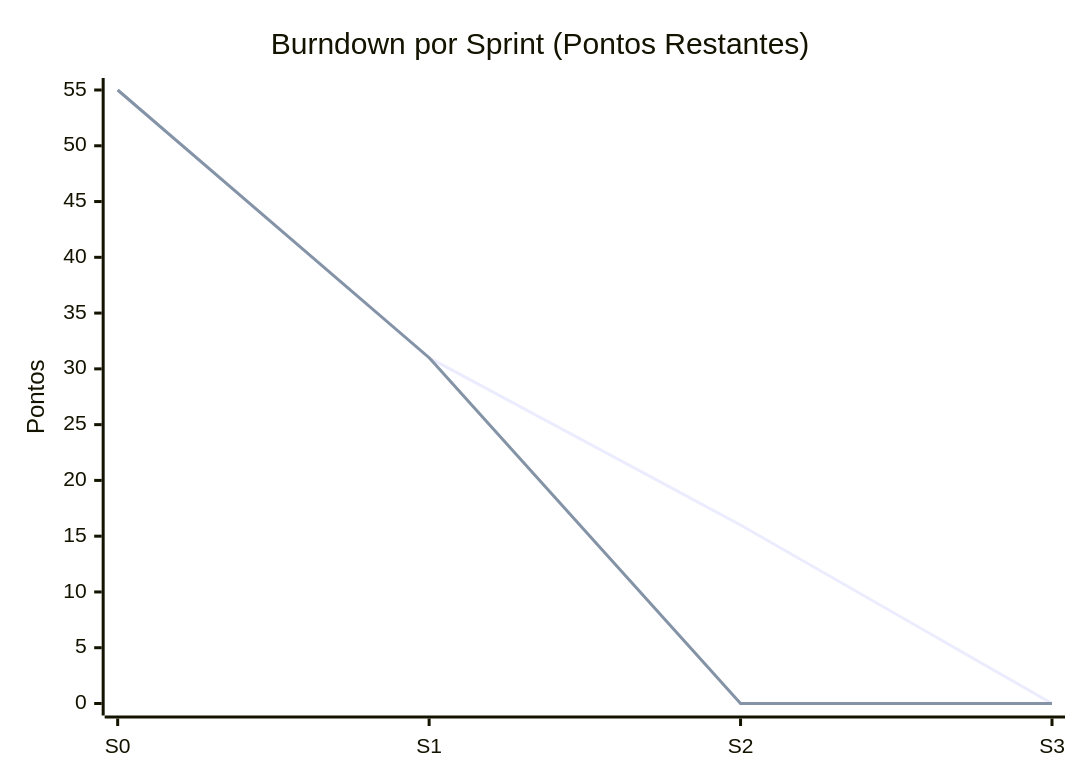
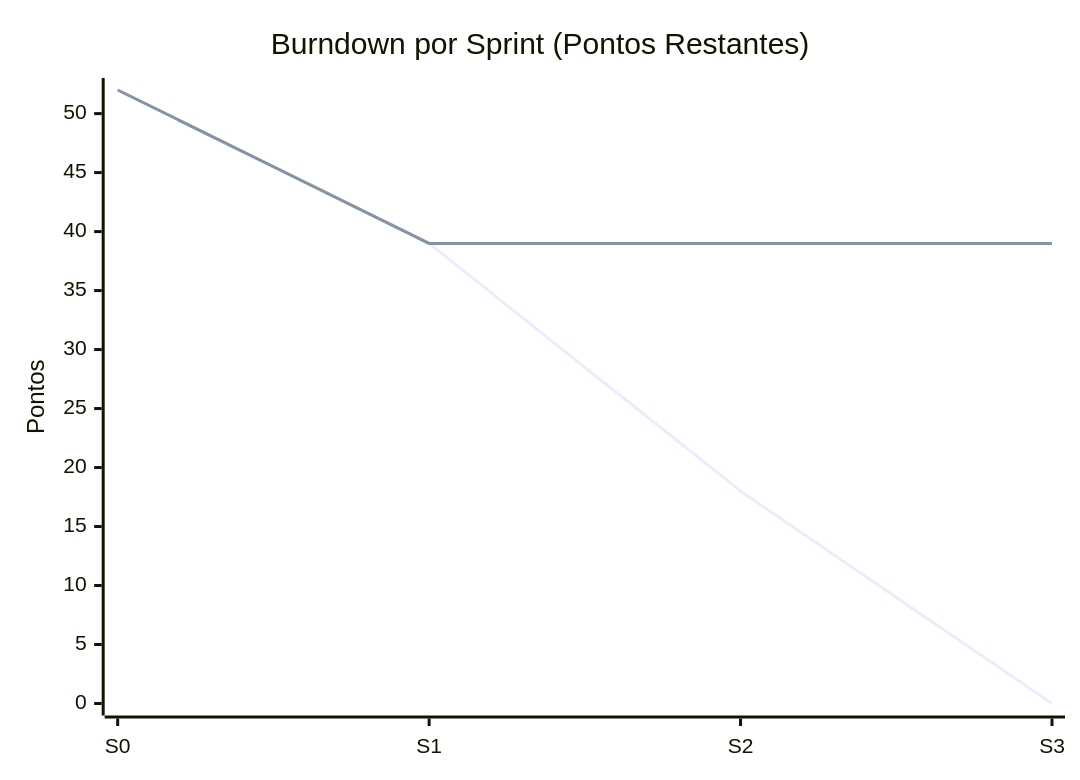
The diagram in README.md (candago-6/documentacao), drawn with Mermaid before and after one commit. The commit also changed other lines of this file, not shown here.

````diff
--- a/README.md
+++ b/README.md
@@ -574,8 +572,8 @@
 ```mermaid
 xychart-beta
 	title "Burndown por Sprint (Pontos Restantes)"
 	x-axis [S0, S1, S2, S3]
-	y-axis "Pontos" 0 --> 55
-	line "planejado" [55, 31, 16, 0]
-	line "real" [55, 31, 0, 0]
+	y-axis "Pontos" 0 --> 52
+	line "planejado" [52, 39, 18, 0]
+	line "real" [52, 39, 39, 39]
 ```
````
